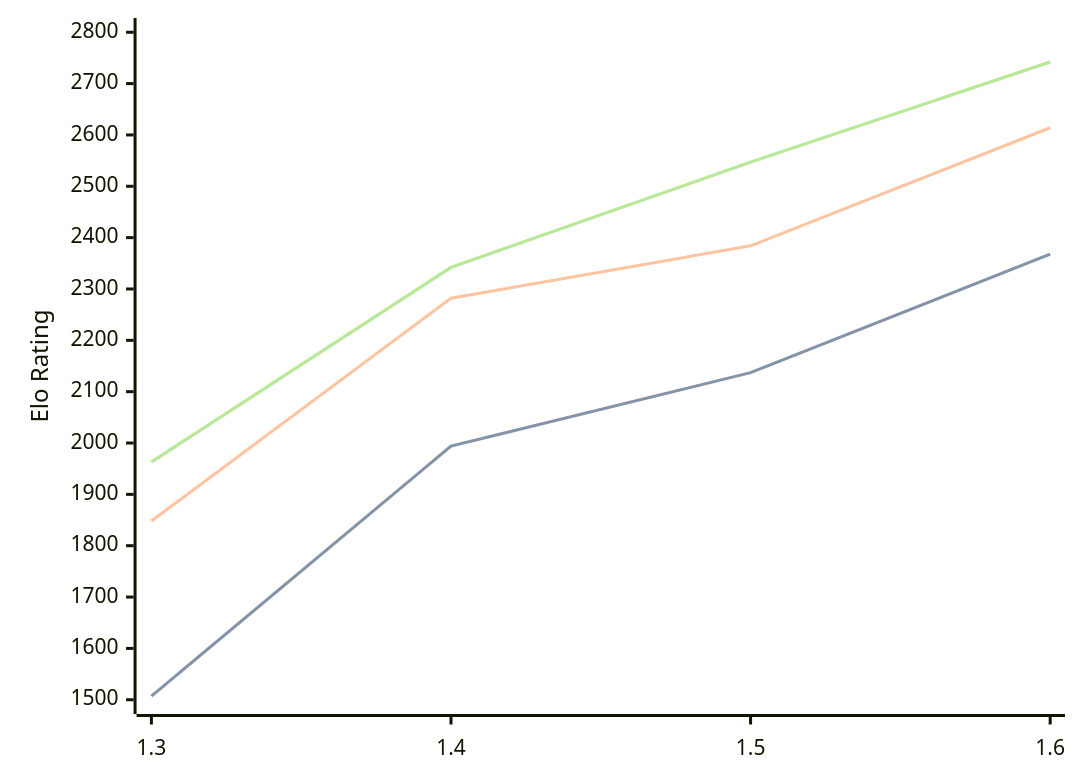
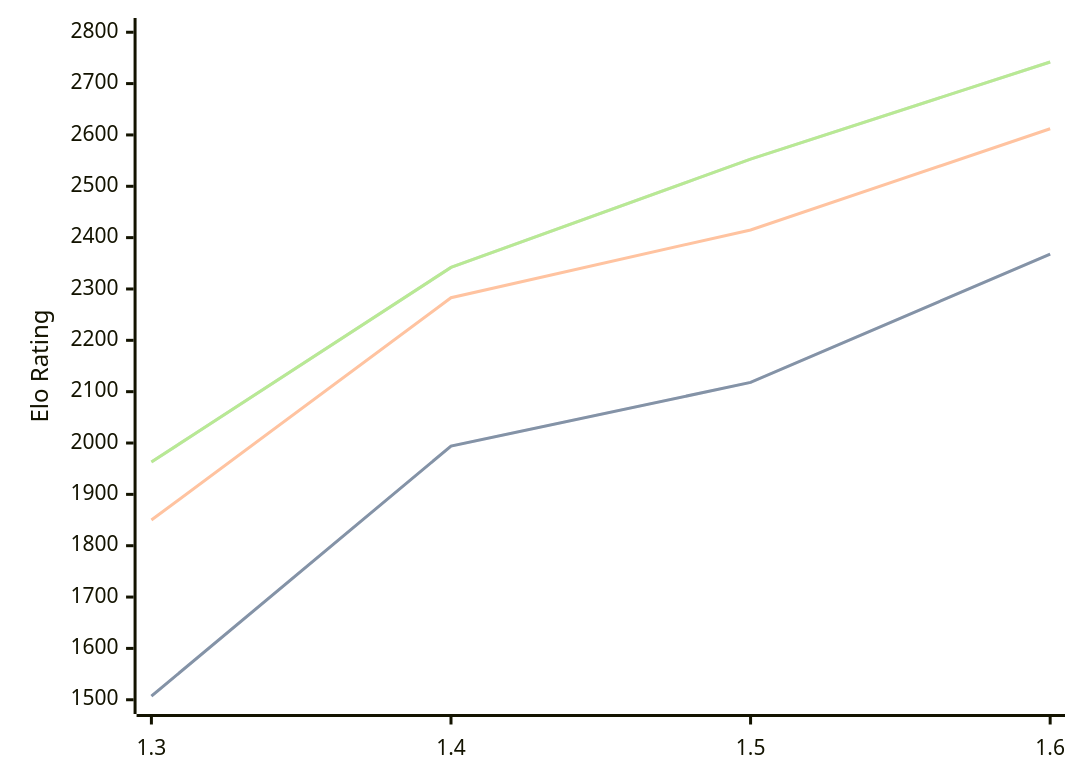
The first of 3 diagrams in engines/Facon.md (computer-chess-index/cci), drawn with Mermaid before and after one commit. The commit also changed other lines of this file, not shown here.

Commit message:
Update CCI Ratings (ELO VLTC) - 2026-06-23

````diff
--- a/engines/Facon.md
+++ b/engines/Facon.md
@@ -37,11 +37,11 @@
 ```mermaid
 %%{init: {"theme":"base","themeVariables":{"seriesColors:['#a3a3a3','#222221','#faa371']}}}%%
 xychart-beta
   x-axis ["1.3", "1.4", "1.5", "1.6"]
   y-axis "Elo Rating" 1500 --> 2800
-  line "STC (8.0+0.08s)" [1507, 1994, 2137, 2368]
-  line "STC (8.0+0.08s)" [1507, 1994, 2137, 2368]
-  line "LTC (60.0+0.60s)" [1848, 2282, 2384, 2614]
-  line "VLTC (2m24s+1.12s)" [1963, 2342, 2547, 2742]
-  line "VLTC (2m24s+1.12s)" [1963, 2342, 2547, 2742]
+  line "STC (8.0+0.08s)" [1507, 1994, 2118, 2368]
+  line "STC (8.0+0.08s)" [1507, 1994, 2118, 2368]
+  line "LTC (60.0+0.60s)" [1850, 2283, 2415, 2612]
+  line "VLTC (2m24s+1.12s)" [1963, 2342, 2553, 2742]
+  line "VLTC (2m24s+1.12s)" [1963, 2342, 2553, 2742]
 ```
````
